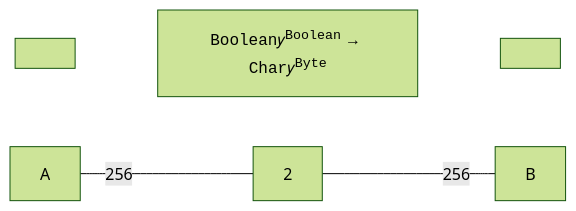
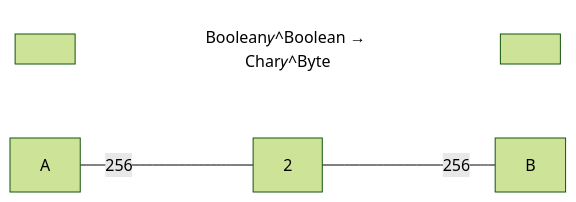
The second of 4 diagrams in README.md (julianpeeters/polynomial), drawn with Mermaid (forest theme) before and after one commit. The commit also changed other lines of this file and 2 other files, not shown here.

Commit message:
Update README for github mermaid rendering

````diff
--- a/README.md
+++ b/README.md
@@ -105,6 +103,9 @@
 ```mermaid
 graph LR;
-  TitleStart[ ]:::hidden~~~TitleBody[<span style="font-family:Courier">Boolean</span>𝑦<sup><span style="font-family:Courier">Boolean</span></sup> → <span style="font-family:Courier">Char</span>𝑦<sup><span style="font-family:Courier">Byte</span></sup>]:::title~~~TitleEnd[ ]:::hidden
+  TitleStart[ ]:::hidden~~~TitleBody[Boolean𝑦^Boolean → Char𝑦^Byte]:::title~~~TitleEnd[ ]:::hidden
   A:::hidden---|256|S[2]---|256|B:::hidden;
 
+classDef empty fill:background;
+classDef point width:0px, height:0px;
+classDef title stroke-width:0px, fill:background;
 ```
````
